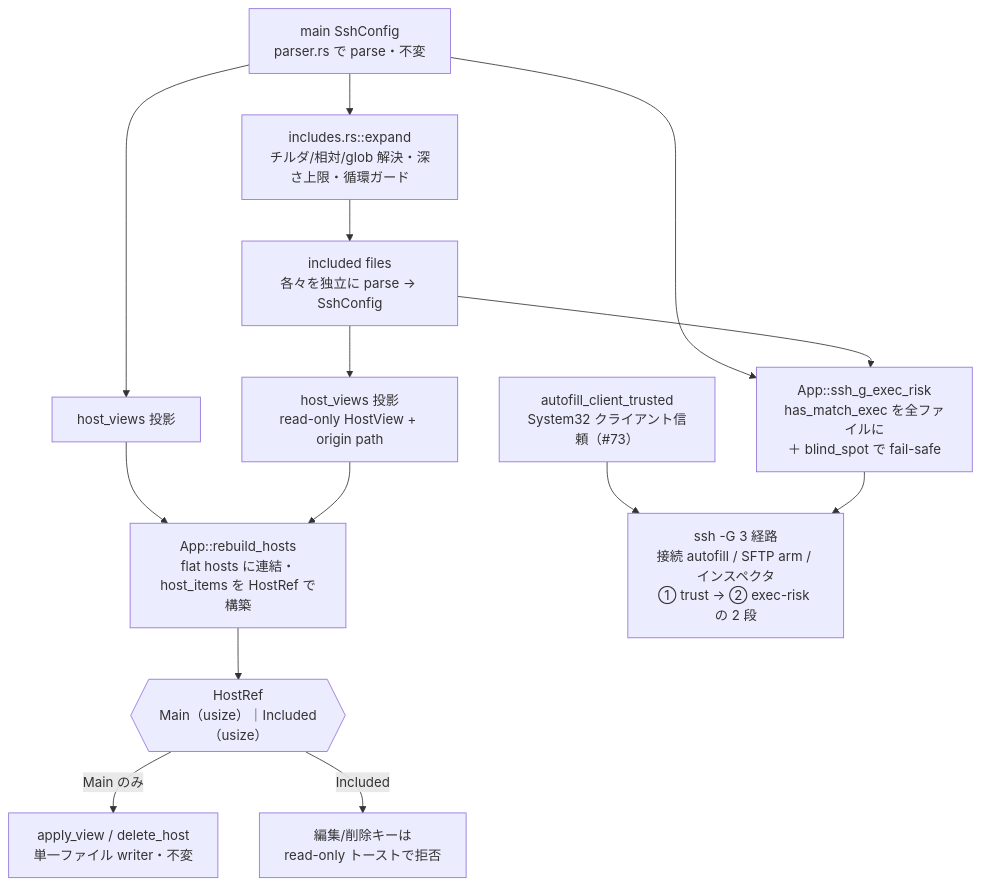
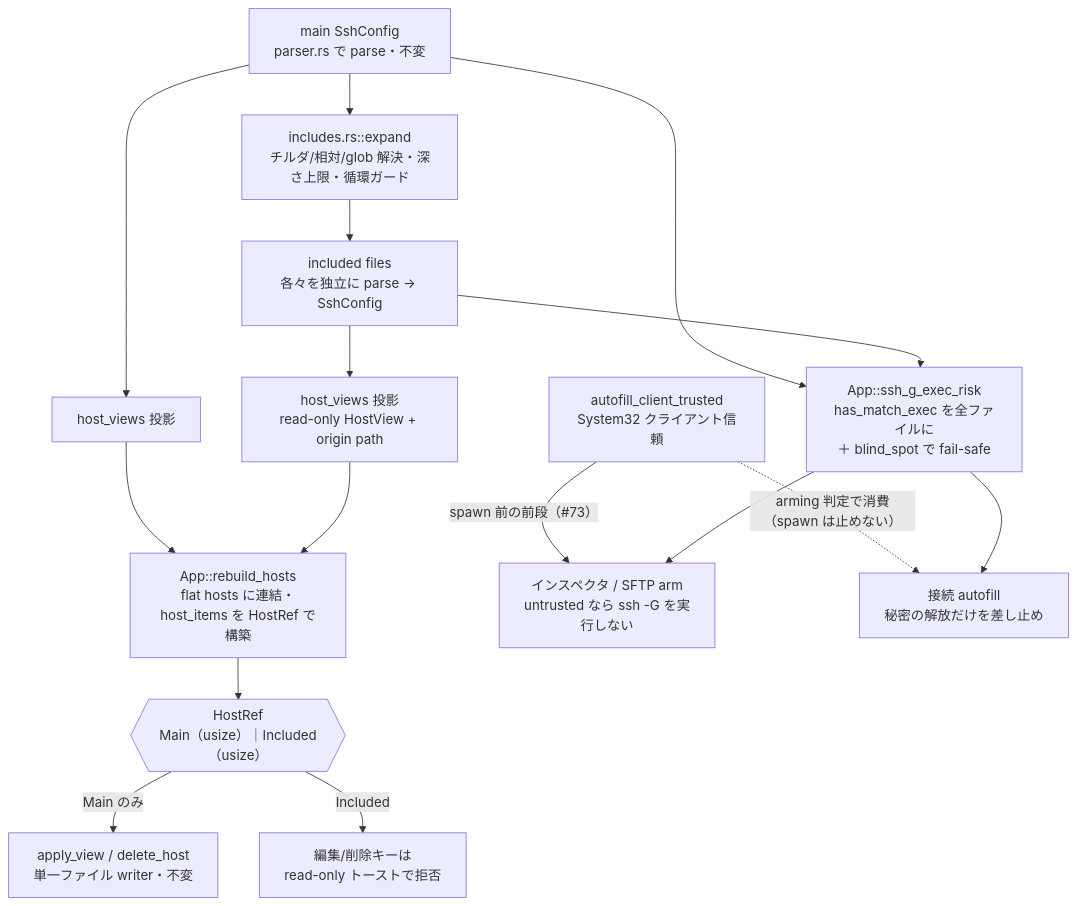
Before and after one commit to nakaba-lab/ssh-manager-tui: the first of 2 diagrams in docs/design/includes.md, drawn with Mermaid.

Commit message:
docs(design): includes の flowchart も trust ゲートの実態に合わせる
敵対的検証（Opus）で、直前のコミットが精緻化した散文と違い Mermaid
flowchart のラベルに「ssh -G 3 経路 … ① trust → ② exec-risk の 2 段」が
残っていると指摘された。trust が spawn の前段に立つのはインスペクタと
SFTP arm の 2 経路だけで、接続 autofill は arming 判定で消費するだけ
（spawn は止めない）という実装と食い違うため、経路ごとにノードを分けて
実線（前段ゲート）と破線（arming で消費）で描き分ける。

図の意味のみの変更で、コード・挙動への影響は無い。

Refs #73

Claude-Session: https://claude.ai/code/session_0177oTx913oiUa51xUbWJuYN

````diff
--- a/docs/design/includes.md
+++ b/docs/design/includes.md
@@ -19,16 +19,18 @@
 ```mermaid
 flowchart TB
     main[main SshConfig<br/>parser.rs で parse・不変] --> expand[includes.rs::expand<br/>チルダ/相対/glob 解決・深さ上限・循環ガード]
     expand --> incparse[included files<br/>各々を独立に parse → SshConfig]
     incparse --> incviews[host_views 投影<br/>read-only HostView + origin path]
     main --> mainviews[host_views 投影]
     mainviews --> rebuild[App::rebuild_hosts<br/>flat hosts に連結・host_items を HostRef で構築]
     incviews --> rebuild
     rebuild --> hostref{{HostRef<br/>Main（usize）｜Included（usize）}}
     hostref -->|Main のみ| write[apply_view / delete_host<br/>単一ファイル writer・不変]
     hostref -->|Included| refuse[編集/削除キーは<br/>read-only トーストで拒否]
     main --> scan[App::ssh_g_exec_risk<br/>has_match_exec を全ファイルに<br/>＋ blind_spot で fail-safe]
     incparse --> scan
-    trust[autofill_client_trusted<br/>System32 クライアント信頼（#73）] --> gates
-    scan --> gates[ssh -G 3 経路<br/>接続 autofill / SFTP arm / インスペクタ<br/>① trust → ② exec-risk の 2 段]
+    trust[autofill_client_trusted<br/>System32 クライアント信頼] -->|spawn 前の前段（#73）| early[インスペクタ / SFTP arm<br/>untrusted なら ssh -G を実行しない]
+    trust -.->|arming 判定で消費（spawn は止めない）| conn[接続 autofill<br/>秘密の解放だけを差し止め]
+    scan --> early
+    scan --> conn
 ```
````
